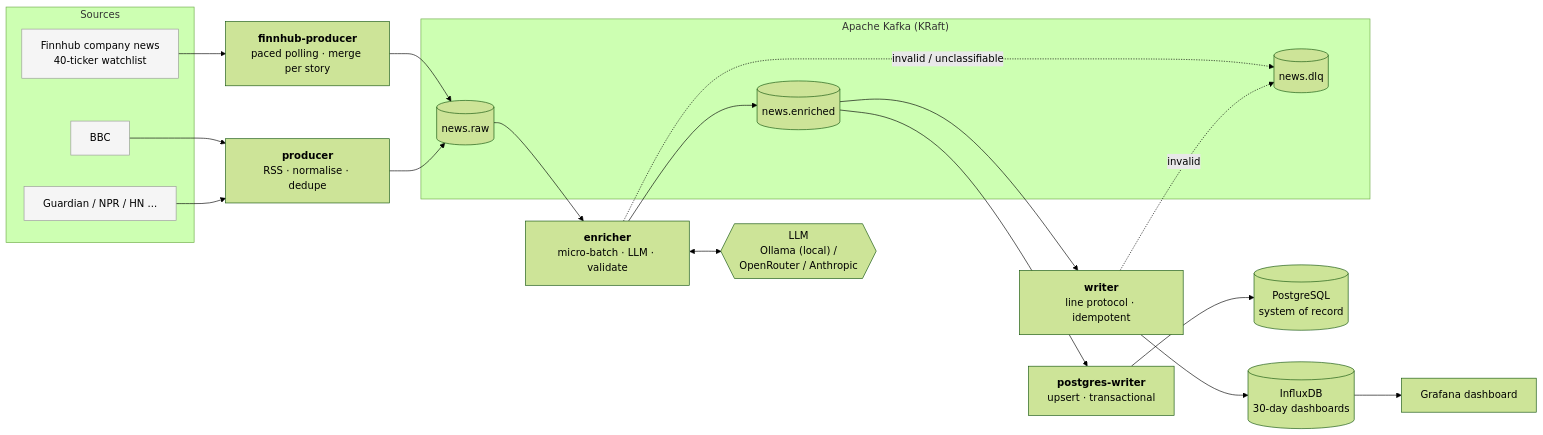
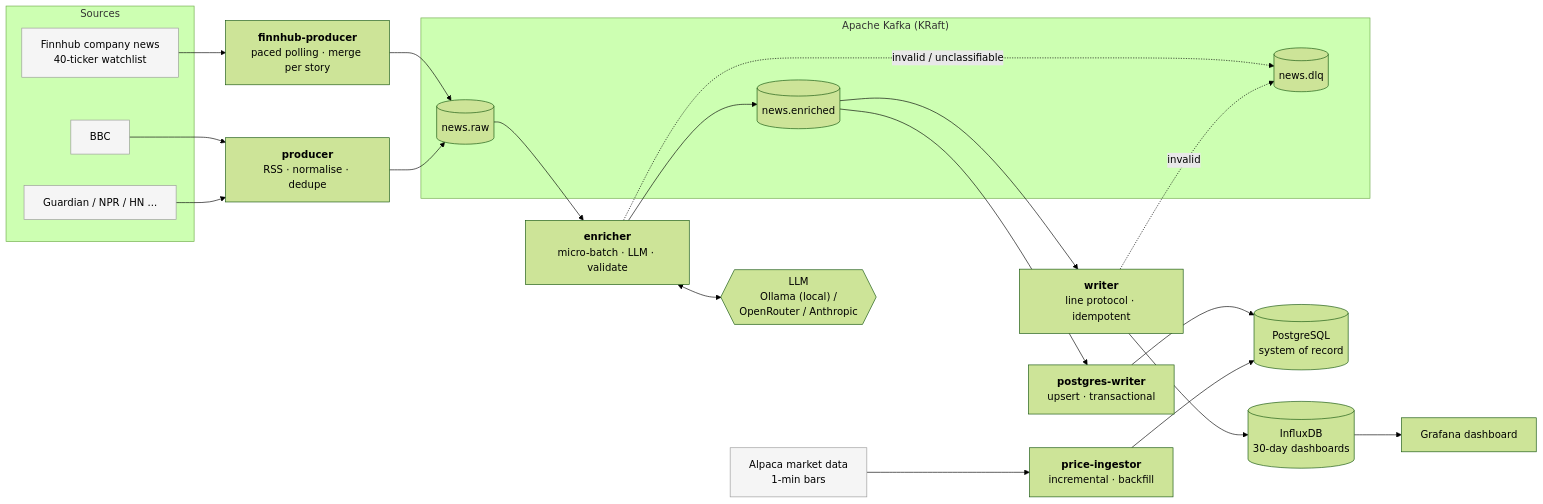
One commit to pedropereira4/news-sentiment-trading-signals changed the diagram in README.md. Above: the diagram before and after it, drawn with Mermaid (forest theme). The commit also changed other lines of this file and 11 other files, not shown here.

Commit message:
Alpaca price ingestor - incremental 1-min bars with sip/iex fallback

````diff
--- a/README.md
+++ b/README.md
@@ -28,33 +28,36 @@
 ```mermaid
 flowchart LR
     subgraph Sources
         FH[Finnhub company news<br/>40-ticker watchlist]:::src
         RSS1[BBC]:::src
         RSS2[Guardian / NPR / HN ...]:::src
     end
 
     F["<b>finnhub-producer</b><br/>paced polling · merge per story"]
     P["<b>producer</b><br/>RSS · normalise · dedupe"]
     subgraph Kafka["Apache Kafka (KRaft)"]
         T1[(news.raw)]
         T2[(news.enriched)]
         T3[(news.dlq)]
     end
     E["<b>enricher</b><br/>micro-batch · LLM · validate"]
     LLM{{"LLM<br/>Ollama (local) /<br/>OpenRouter / Anthropic"}}
     W["<b>writer</b><br/>line protocol · idempotent"]
     PW["<b>postgres-writer</b><br/>upsert · transactional"]
     I[(InfluxDB<br/>30-day dashboards)]
     PG[(PostgreSQL<br/>system of record)]
+    AL[Alpaca market data<br/>1-min bars]:::src
+    PI["<b>price-ingestor</b><br/>incremental · backfill"]
     G[Grafana dashboard]
 
     FH --> F --> T1
     RSS1 & RSS2 --> P --> T1 --> E
     E <--> LLM
     E --> T2 --> W --> I --> G
     T2 --> PW --> PG
+    AL --> PI --> PG
     E -. invalid / unclassifiable .-> T3
     W -. invalid .-> T3
 
     classDef src fill:#f5f5f5,stroke:#999
 ```
````
